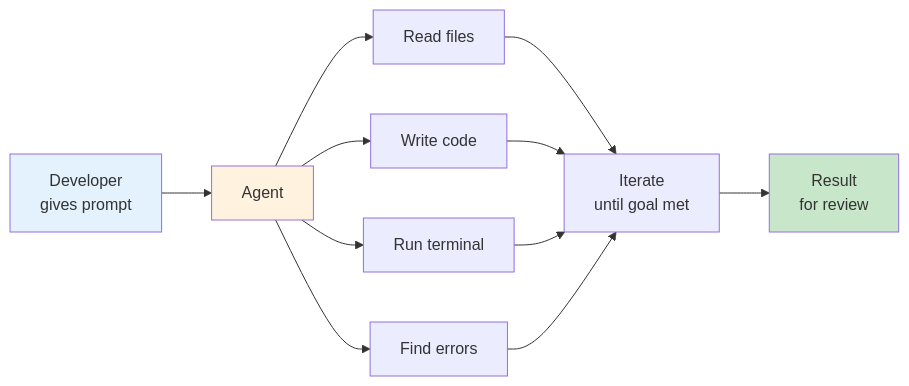
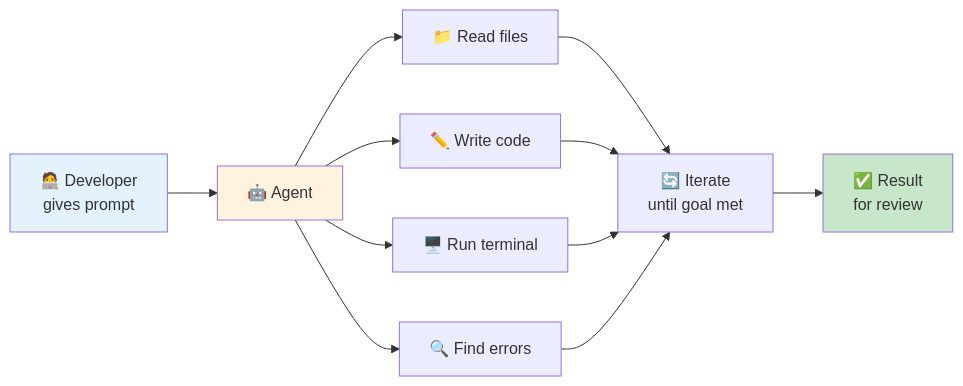
The third of 3 diagrams in coders_en.md (justinsz/ProPrompt), drawn with Mermaid before and after one commit. The commit also changed other lines of this file and 11 other files, not shown here.

First line of the commit message:
Restore emojis in normal text, keep prompts clean, fix Mermaid syntax

````diff
--- a/coders_en.md
+++ b/coders_en.md
@@ -307,15 +307,15 @@
 ```mermaid
 flowchart LR
-    A[Developer<br/>gives prompt] --> B[Agent]
-    B --> C[Read files]
-    B --> D[Write code]
-    B --> E[Run terminal]
-    B --> F[Find errors]
+    A[🧑‍💻 Developer<br/>gives prompt] --> B[🤖 Agent]
+    B --> C[📁 Read files]
+    B --> D[✏️ Write code]
+    B --> E[🖥️ Run terminal]
+    B --> F[🔍 Find errors]
 
-    C & D & E & F --> G[Iterate<br/>until goal met]
-    G --> H[Result<br/>for review]
+    C & D & E & F --> G[🔄 Iterate<br/>until goal met]
+    G --> H[✅ Result<br/>for review]
 
     style A fill:#e3f2fd
     style B fill:#fff3e0
     style H fill:#c8e6c9
 ```
````
